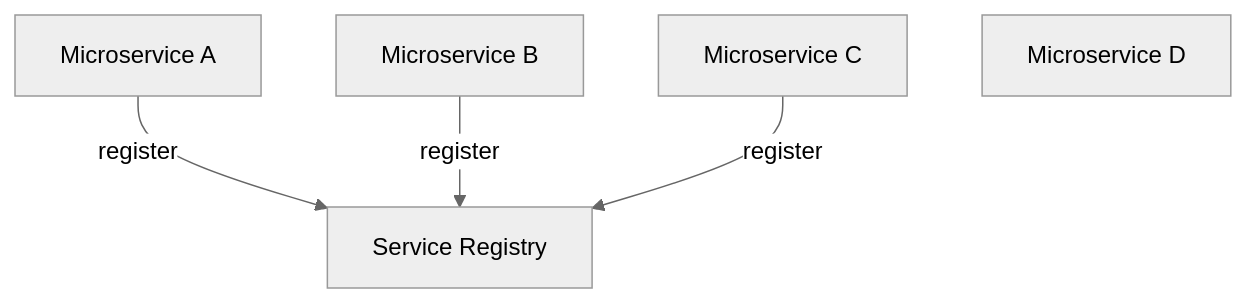
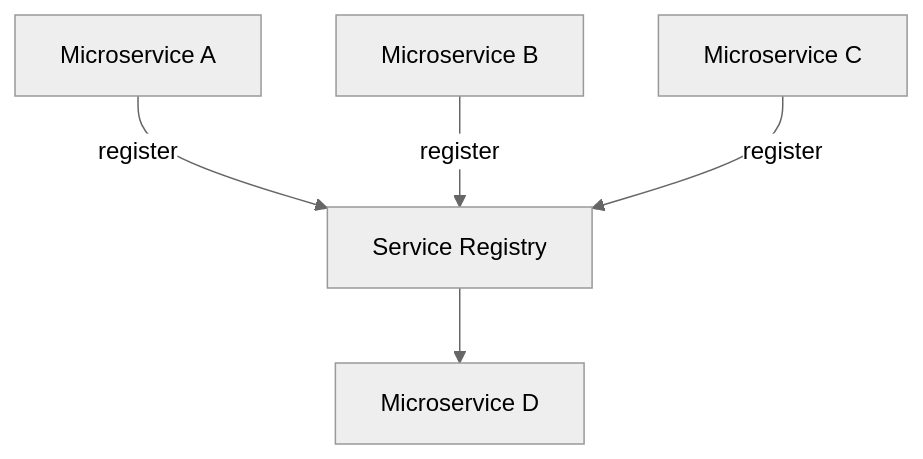
Before and after one commit to sonamsamdupkhangsar/sonamsamdupkhangsar.github.io: the diagram in service-discovery/README.md, drawn with Mermaid (neutral theme).

Commit message:
add service discovery

````diff
--- a/service-discovery/README.md
+++ b/service-discovery/README.md
@@ -8,7 +8,7 @@
 ```mermaid
 flowchart TD    
     A[Microservice A] --> |register| Eureka[Service Registry]
     B[Microservice B] --> |register| Eureka
     C[Microservice C] --> |register| Eureka
-    D[Microservice D] 
+    Eureka --> D[Microservice D] 
 ``` 
````
